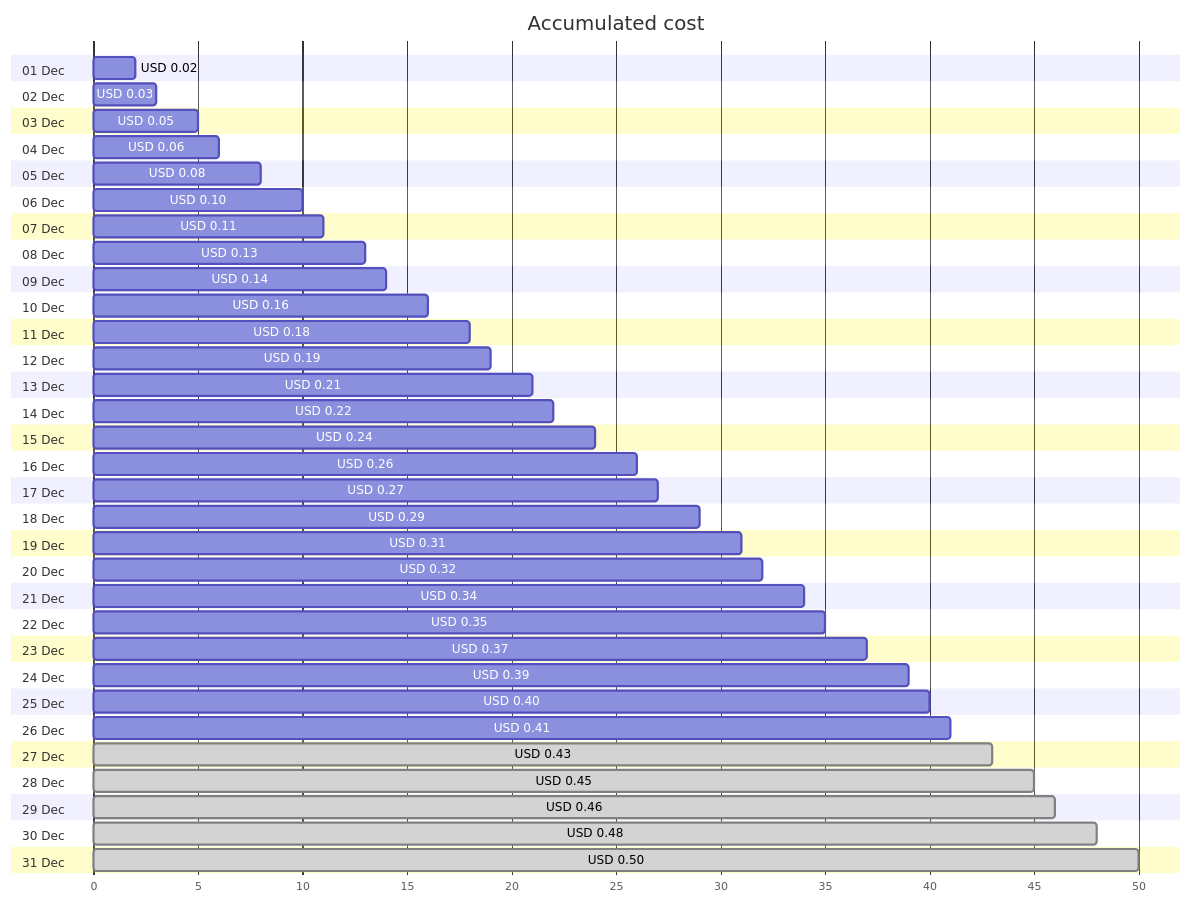
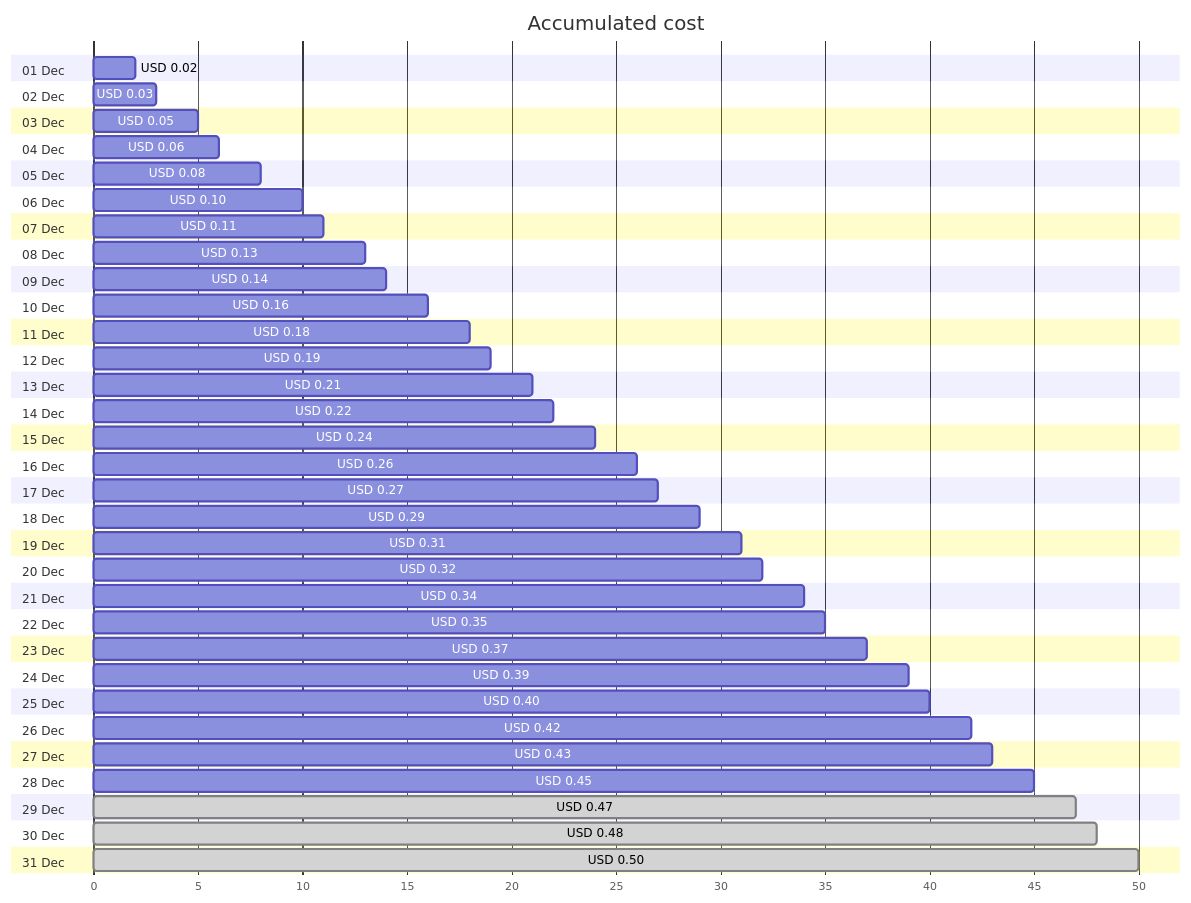
One commit to jpfulton/azure-personal-reports changed the first of 4 diagrams in cost-reports/personal-network/private.jpatrickfulton.com.md. Above: the diagram before and after it, drawn with Mermaid. The commit also changed other lines of this file and 8 other files, not shown here.

````diff
--- a/cost-reports/personal-network/private.jpatrickfulton.com.md
+++ b/cost-reports/personal-network/private.jpatrickfulton.com.md
@@ -20,68 +20,68 @@
 ```mermaid
 gantt
    title Accumulated cost
    dateFormat  X
    axisFormat %s
    section 01 Dec
    USD 0.02 :0, 2
    section 02 Dec
    USD 0.03 :0, 3
    section 03 Dec
    USD 0.05 :0, 5
    section 04 Dec
    USD 0.06 :0, 6
    section 05 Dec
    USD 0.08 :0, 8
    section 06 Dec
    USD 0.10 :0, 10
    section 07 Dec
    USD 0.11 :0, 11
    section 08 Dec
    USD 0.13 :0, 13
    section 09 Dec
    USD 0.14 :0, 14
    section 10 Dec
    USD 0.16 :0, 16
    section 11 Dec
    USD 0.18 :0, 18
    section 12 Dec
    USD 0.19 :0, 19
    section 13 Dec
    USD 0.21 :0, 21
    section 14 Dec
    USD 0.22 :0, 22
    section 15 Dec
    USD 0.24 :0, 24
    section 16 Dec
    USD 0.26 :0, 26
    section 17 Dec
    USD 0.27 :0, 27
    section 18 Dec
    USD 0.29 :0, 29
    section 19 Dec
    USD 0.31 :0, 31
    section 20 Dec
    USD 0.32 :0, 32
    section 21 Dec
    USD 0.34 :0, 34
    section 22 Dec
    USD 0.35 :0, 35
    section 23 Dec
    USD 0.37 :0, 37
    section 24 Dec
    USD 0.39 :0, 39
    section 25 Dec
    USD 0.40 :0, 40
    section 26 Dec
-   USD 0.41 :0, 41
+   USD 0.42 :0, 42
    section 27 Dec
-   USD 0.43 : done, 0, 43
+   USD 0.43 :0, 43
    section 28 Dec
-   USD 0.45 : done, 0, 45
+   USD 0.45 :0, 45
    section 29 Dec
-   USD 0.46 : done, 0, 46
+   USD 0.47 : done, 0, 47
    section 30 Dec
    USD 0.48 : done, 0, 48
    section 31 Dec
    USD 0.50 : done, 0, 50
 ```
````
